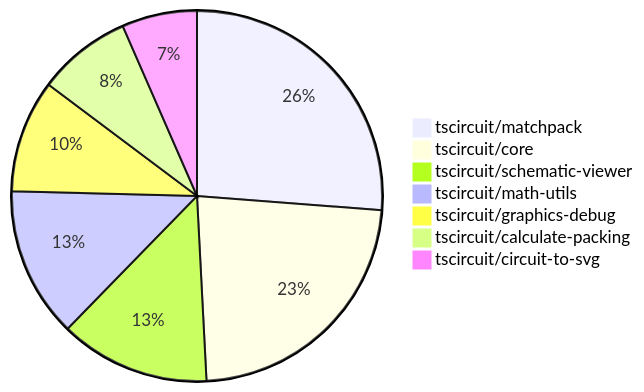
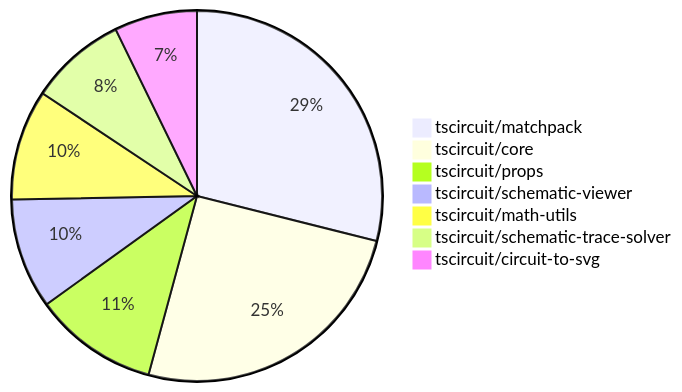
The second of 2 diagrams in README.md (tscircuit/contribution-tracker), drawn with Mermaid before and after one commit. The commit also changed other lines of this file and 3 other files, not shown here.

````diff
--- a/README.md
+++ b/README.md
@@ -92,10 +100,10 @@
 ```mermaid
 pie
-    "tscircuit/matchpack" : 16
-    "tscircuit/core" : 14
+    "tscircuit/matchpack" : 24
+    "tscircuit/core" : 21
+    "tscircuit/props" : 9
     "tscircuit/schematic-viewer" : 8
     "tscircuit/math-utils" : 8
-    "tscircuit/graphics-debug" : 6
-    "tscircuit/calculate-packing" : 5
-    "tscircuit/circuit-to-svg" : 4
+    "tscircuit/schematic-trace-solver" : 7
+    "tscircuit/circuit-to-svg" : 6
 ```
````
